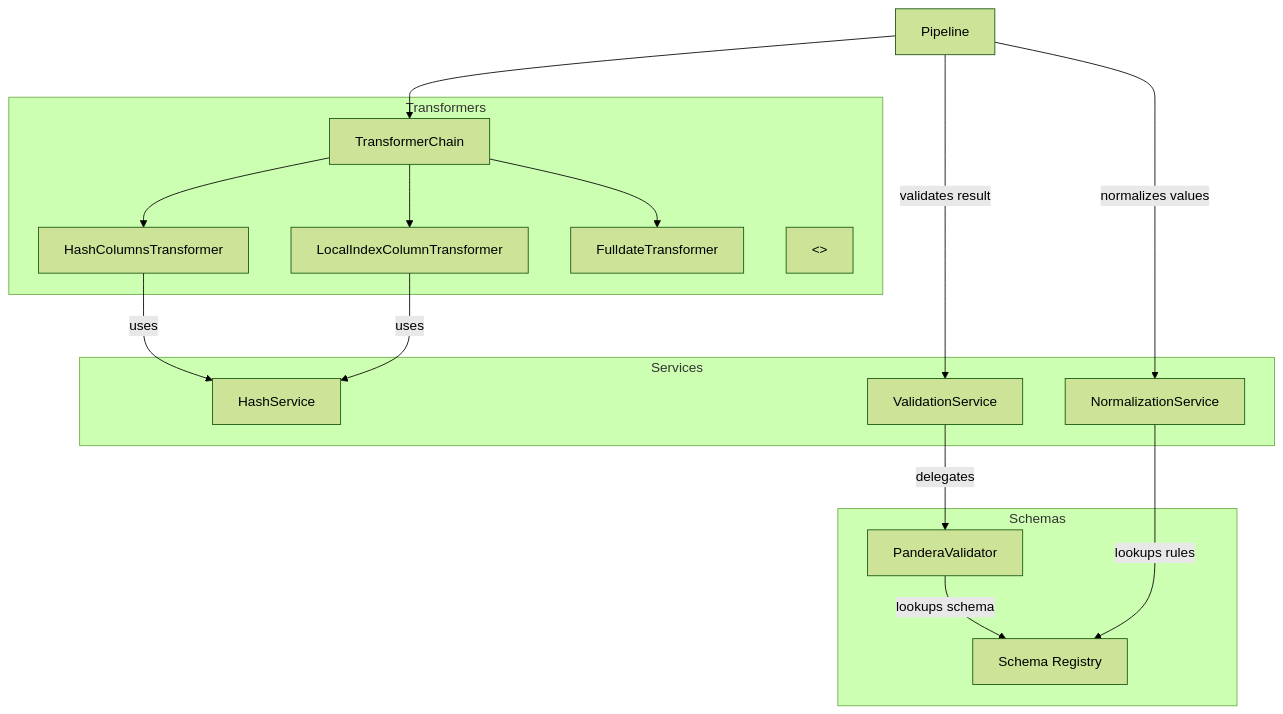
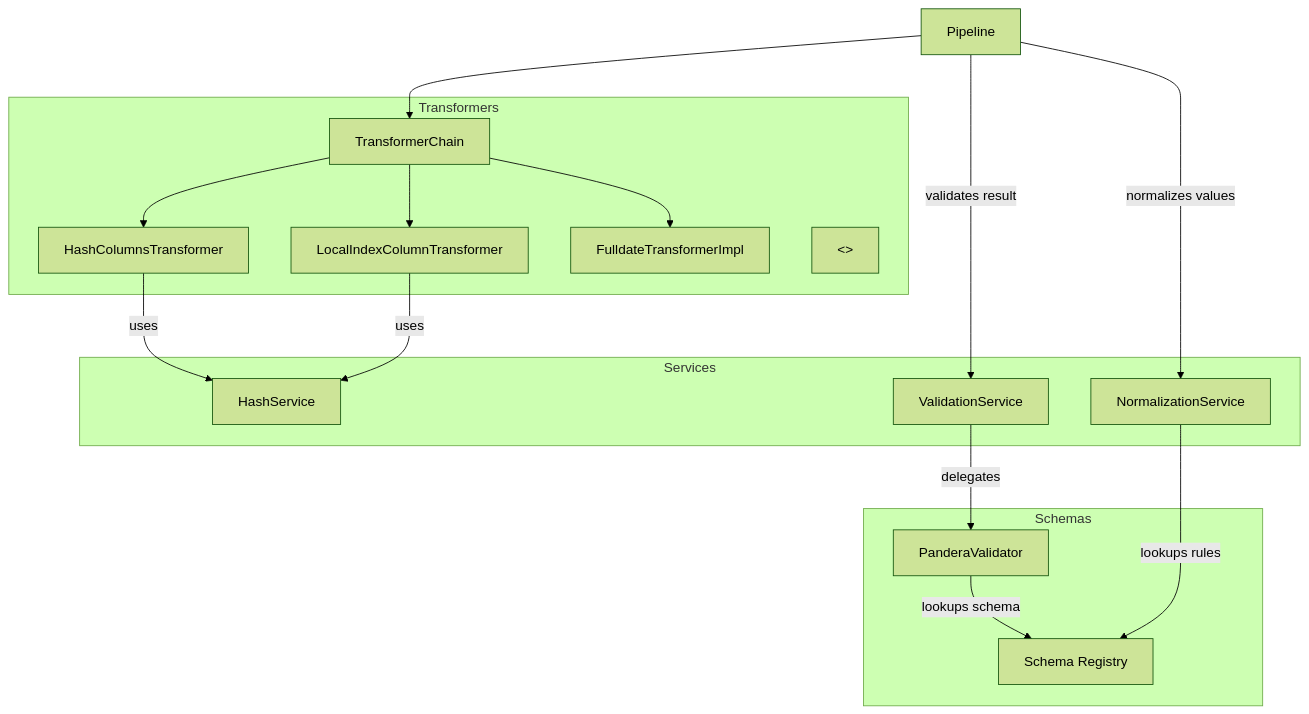
The sixth of 7 diagrams in docs/architecture/07-diagrams.md (SatoryKono/BioactivityDataAcquisition), drawn with Mermaid (forest theme) before and after one commit. The commit also changed 10 other files, not shown here.

Commit message:
Use run context timestamp for fulldate transformer

````diff
--- a/docs/architecture/07-diagrams.md
+++ b/docs/architecture/07-diagrams.md
@@ -339,39 +339,39 @@
 ```mermaid
 ---
 id: 55f41c2b-cfd6-431b-9a93-85e8bffc9a9c
 ---
 graph TD
     subgraph "Transformers"
         T_Chain[TransformerChain]
         T_Hash[HashColumnsTransformer]
         T_Index[LocalIndexColumnTransformer]
-        T_Date[FulldateTransformer]
+        T_Date[FulldateTransformerImpl]
         T_ABC[<<TransformerABC>>]
     end
 
     subgraph "Services"
         HS[HashService]
         VS[ValidationService]
         NS[NormalizationService]
     end
 
     subgraph "Schemas"
         PS[PanderaValidator]
         Registry[Schema Registry]
     end
 
     Pipeline[Pipeline] --> T_Chain
     T_Chain --> T_Hash
     T_Chain --> T_Index
     T_Chain --> T_Date
 
     T_Hash -- uses --> HS[HashService]
     T_Index -- uses --> HS[HashService]
 
     Pipeline -- validates result --> VS[ValidationService]
     Pipeline -- normalizes values --> NS[NormalizationService]
 
     VS -- delegates --> PS[PanderaValidator]
     PS -- lookups schema --> Registry[Schema Registry]
     NS -- lookups rules --> Registry[Schema Registry]
 ```
````
